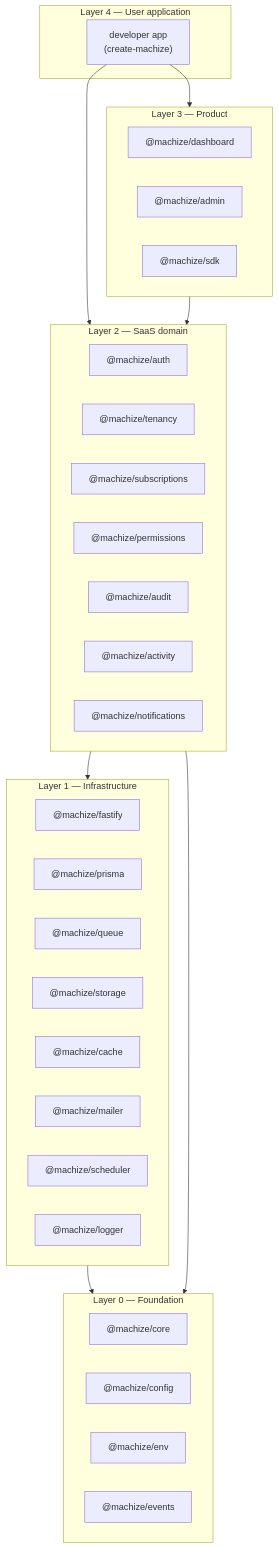
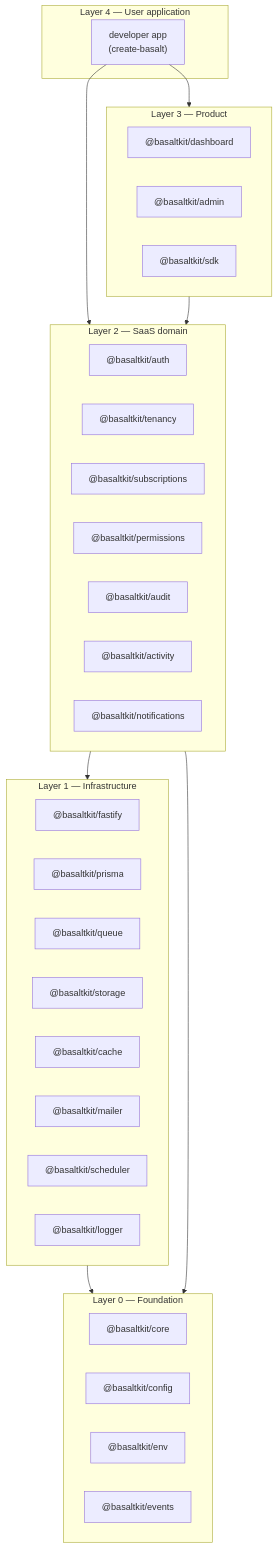
Before and after one commit to basaltkit/basalt: the first of 4 diagrams in ARCHITECTURE.md, drawn with Mermaid. The commit also changed other lines of this file and 624 other files, not shown here.

First line of the commit message:
rebrand: @machize -> @basaltkit (Basalt)

````diff
--- a/ARCHITECTURE.md
+++ b/ARCHITECTURE.md
@@ -42,42 +42,42 @@
 ```mermaid
 graph TB
     subgraph L4["Layer 4 — User application"]
-        APP["developer app<br/>(create-machize)"]
+        APP["developer app<br/>(create-basalt)"]
     end
     subgraph L3["Layer 3 — Product"]
-        DASH["@machize/dashboard"]
-        ADMIN["@machize/admin"]
-        SDK["@machize/sdk"]
+        DASH["@basaltkit/dashboard"]
+        ADMIN["@basaltkit/admin"]
+        SDK["@basaltkit/sdk"]
     end
     subgraph L2["Layer 2 — SaaS domain"]
-        AUTH["@machize/auth"]
-        TEN["@machize/tenancy"]
-        SUBS["@machize/subscriptions"]
-        PERM["@machize/permissions"]
-        AUD["@machize/audit"]
-        ACT["@machize/activity"]
-        NOTIF["@machize/notifications"]
+        AUTH["@basaltkit/auth"]
+        TEN["@basaltkit/tenancy"]
+        SUBS["@basaltkit/subscriptions"]
+        PERM["@basaltkit/permissions"]
+        AUD["@basaltkit/audit"]
+        ACT["@basaltkit/activity"]
+        NOTIF["@basaltkit/notifications"]
     end
     subgraph L1["Layer 1 — Infrastructure"]
-        FAST["@machize/fastify"]
-        PRISMA["@machize/prisma"]
-        QUEUE["@machize/queue"]
-        STOR["@machize/storage"]
-        CACHE["@machize/cache"]
-        MAIL["@machize/mailer"]
-        SCHED["@machize/scheduler"]
-        LOG["@machize/logger"]
+        FAST["@basaltkit/fastify"]
+        PRISMA["@basaltkit/prisma"]
+        QUEUE["@basaltkit/queue"]
+        STOR["@basaltkit/storage"]
+        CACHE["@basaltkit/cache"]
+        MAIL["@basaltkit/mailer"]
+        SCHED["@basaltkit/scheduler"]
+        LOG["@basaltkit/logger"]
     end
     subgraph L0["Layer 0 — Foundation"]
-        CORE["@machize/core"]
-        CONFIG["@machize/config"]
-        ENV["@machize/env"]
-        EVENTS["@machize/events"]
+        CORE["@basaltkit/core"]
+        CONFIG["@basaltkit/config"]
+        ENV["@basaltkit/env"]
+        EVENTS["@basaltkit/events"]
     end
     APP --> L3
     APP --> L2
     L3 --> L2
     L2 --> L1
     L1 --> L0
     L2 --> L0
 ```
````
